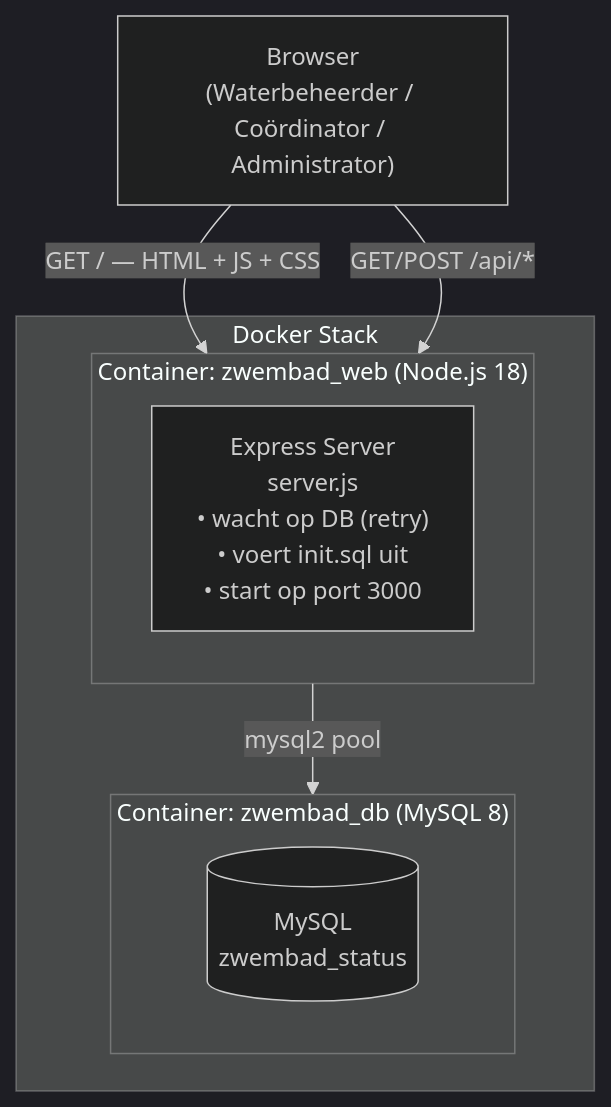
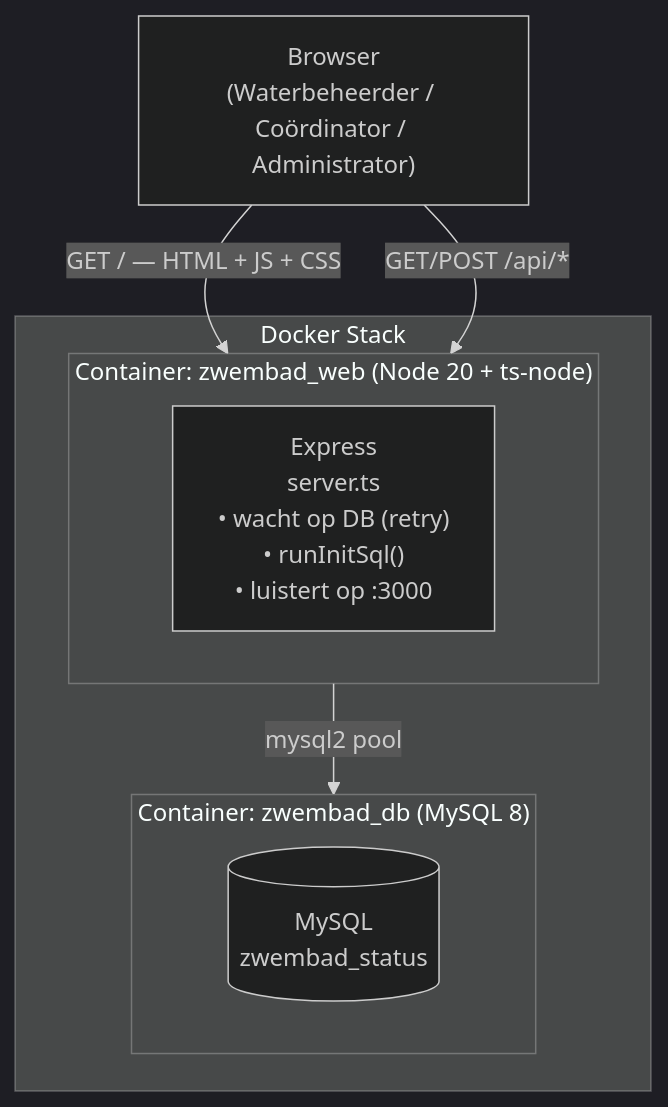
One commit to pjgheijmans/NewSiteWaterbeheerDeBercken changed the first of 3 diagrams in docs/architecture.md. Above: the diagram before and after it, drawn with Mermaid (dark theme). The commit also changed other lines of this file and 5 other files, not shown here.

First line of the commit message:
Werk architectuurdocumentatie bij naar gelaagde OO-opzet en splits in delen

````diff
--- a/docs/architecture.md
+++ b/docs/architecture.md
@@ -7,16 +22,16 @@
 ```mermaid
 graph TB
     subgraph Docker["Docker Stack"]
-        subgraph Web["Container: zwembad_web (Node.js 18)"]
-            Express["Express Server\nserver.js\n• wacht op DB (retry)\n• voert init.sql uit\n• start op port 3000"]
+        subgraph Web["Container: zwembad_web (Node 20 + ts-node)"]
+            Express["Express\nserver.ts\n• wacht op DB (retry)\n• runInitSql()\n• luistert op :3000"]
         end
         subgraph DB["Container: zwembad_db (MySQL 8)"]
-            MySQL[(MySQL\nzwembad_status)]
+            MySQL[("MySQL\nzwembad_status")]
         end
         Web -->|"mysql2 pool"| DB
     end
 
     Browser["Browser\n(Waterbeheerder / Coördinator / Administrator)"]
     Browser -->|"GET / — HTML + JS + CSS"| Web
     Browser -->|"GET/POST /api/*"| Web
 ```
````
